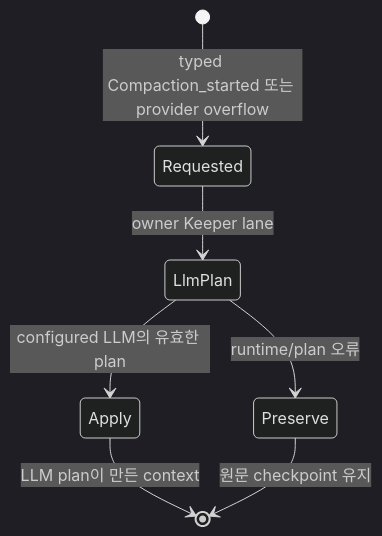
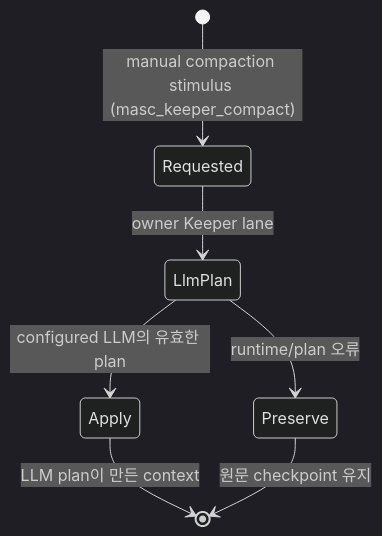
Before and after one commit to jeong-sik/masc: the fourth of 4 diagrams in docs/spec/05-keeper-agent.md, drawn with Mermaid (dark theme). The commit also changed other lines of this file and 5 other files, not shown here.

First line of the commit message:
refactor(keeper): drop dead overflow-recovery producer and sync docs (#26546 P2)

````diff
--- a/docs/spec/05-keeper-agent.md
+++ b/docs/spec/05-keeper-agent.md
@@ -231,9 +231,9 @@
 ```mermaid
 stateDiagram-v2
-  [*] --> Requested : typed Compaction_started 또는 provider overflow
+  [*] --> Requested : manual compaction stimulus (masc_keeper_compact)
   Requested --> LlmPlan : owner Keeper lane
   LlmPlan --> Apply : configured LLM의 유효한 plan
   LlmPlan --> Preserve : runtime/plan 오류
   Apply --> [*] : LLM plan이 만든 context
   Preserve --> [*] : 원문 checkpoint 유지
 ```
````
